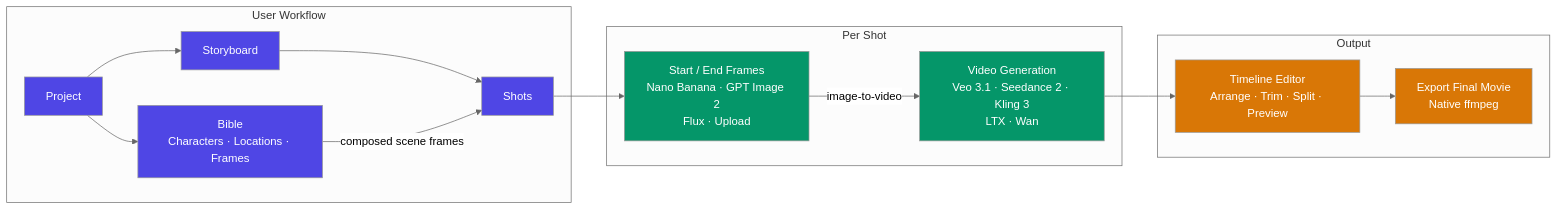
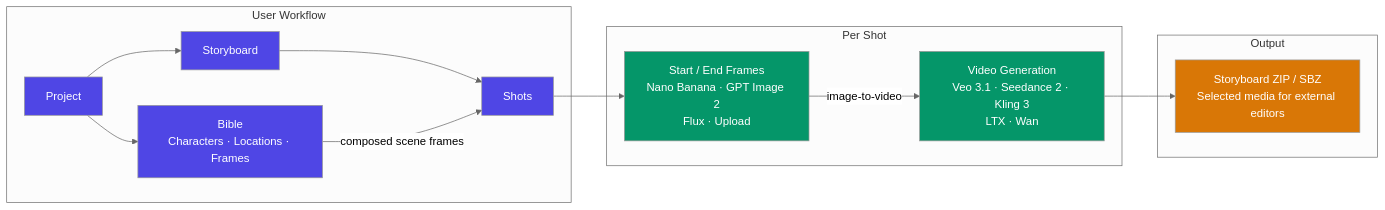
One commit to alexanderwanyoike/showbiz changed the first of 4 diagrams in docs/architecture.md. Above: the diagram before and after it, drawn with Mermaid (neutral theme). The commit also changed other lines of this file and 3 other files, not shown here.

Commit message:
docs: describe storyboard media handoff and verification

````diff
--- a/docs/architecture.md
+++ b/docs/architecture.md
@@ -7,28 +7,26 @@
 ```mermaid
 graph LR
     subgraph User Workflow
         P[Project] --> B[Bible<br/>Characters · Locations · Frames]
         P --> S[Storyboard]
         S --> Shots[Shots]
         B -->|"composed scene frames"| Shots
     end
 
     subgraph Per Shot
         Shots --> IMG["Start / End Frames<br/>Nano Banana · GPT Image 2<br/>Flux · Upload"]
         IMG -->|"image-to-video"| VID["Video Generation<br/>Veo 3.1 · Seedance 2 · Kling 3<br/>LTX · Wan"]
     end
 
     subgraph Output
-        VID --> TL["Timeline Editor<br/>Arrange · Trim · Split · Preview"]
-        TL --> EXP["Export Final Movie<br/>Native ffmpeg"]
+        VID --> EXP["Storyboard ZIP / SBZ<br/>Selected media for external editors"]
     end
 
     style P fill:#4f46e5,color:#fff
     style B fill:#4f46e5,color:#fff
     style S fill:#4f46e5,color:#fff
     style Shots fill:#4f46e5,color:#fff
     style IMG fill:#059669,color:#fff
     style VID fill:#059669,color:#fff
-    style TL fill:#d97706,color:#fff
     style EXP fill:#d97706,color:#fff
 ```
````
